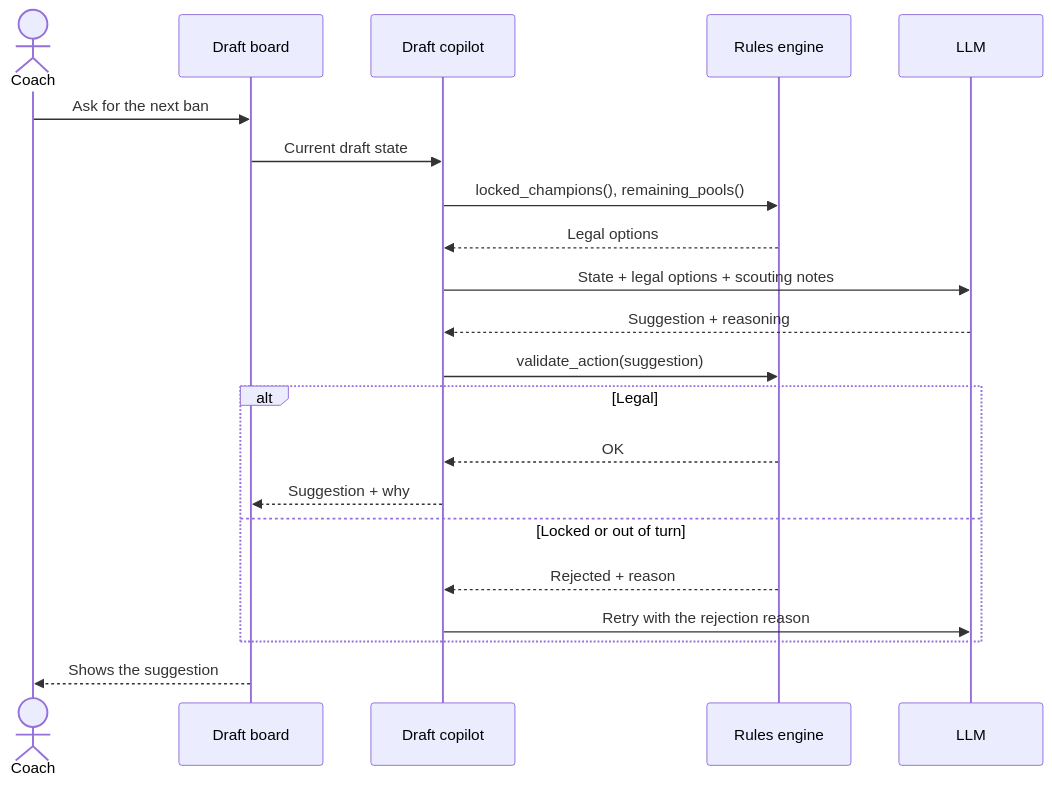
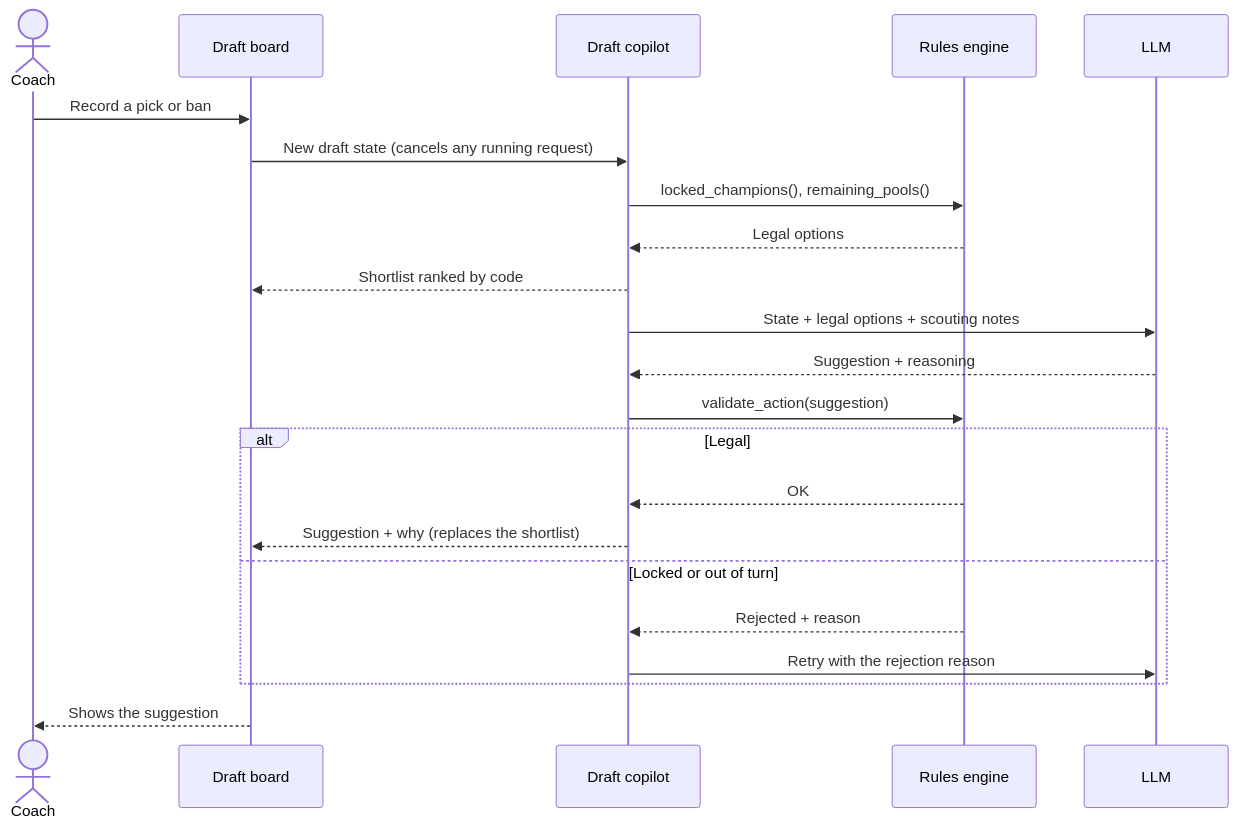
One commit to thiagocamerato757/Nimbus changed the second of 2 diagrams in README.md. Above: the diagram before and after it, drawn with Mermaid. The commit also changed other lines of this file and 43 other files, not shown here.

````diff
--- a/README.md
+++ b/README.md
@@ -109,24 +126,25 @@
 ```mermaid
 sequenceDiagram
     actor C as Coach
     participant UI as Draft board
     participant CP as Draft copilot
     participant ENG as Rules engine
     participant LLM as LLM
 
-    C->>UI: Ask for the next ban
-    UI->>CP: Current draft state
+    C->>UI: Record a pick or ban
+    UI->>CP: New draft state (cancels any running request)
     CP->>ENG: locked_champions(), remaining_pools()
     ENG-->>CP: Legal options
+    CP-->>UI: Shortlist ranked by code
     CP->>LLM: State + legal options + scouting notes
     LLM-->>CP: Suggestion + reasoning
     CP->>ENG: validate_action(suggestion)
     alt Legal
         ENG-->>CP: OK
-        CP-->>UI: Suggestion + why
+        CP-->>UI: Suggestion + why (replaces the shortlist)
     else Locked or out of turn
         ENG-->>CP: Rejected + reason
         CP->>LLM: Retry with the rejection reason
     end
     UI-->>C: Shows the suggestion
 ```
````
